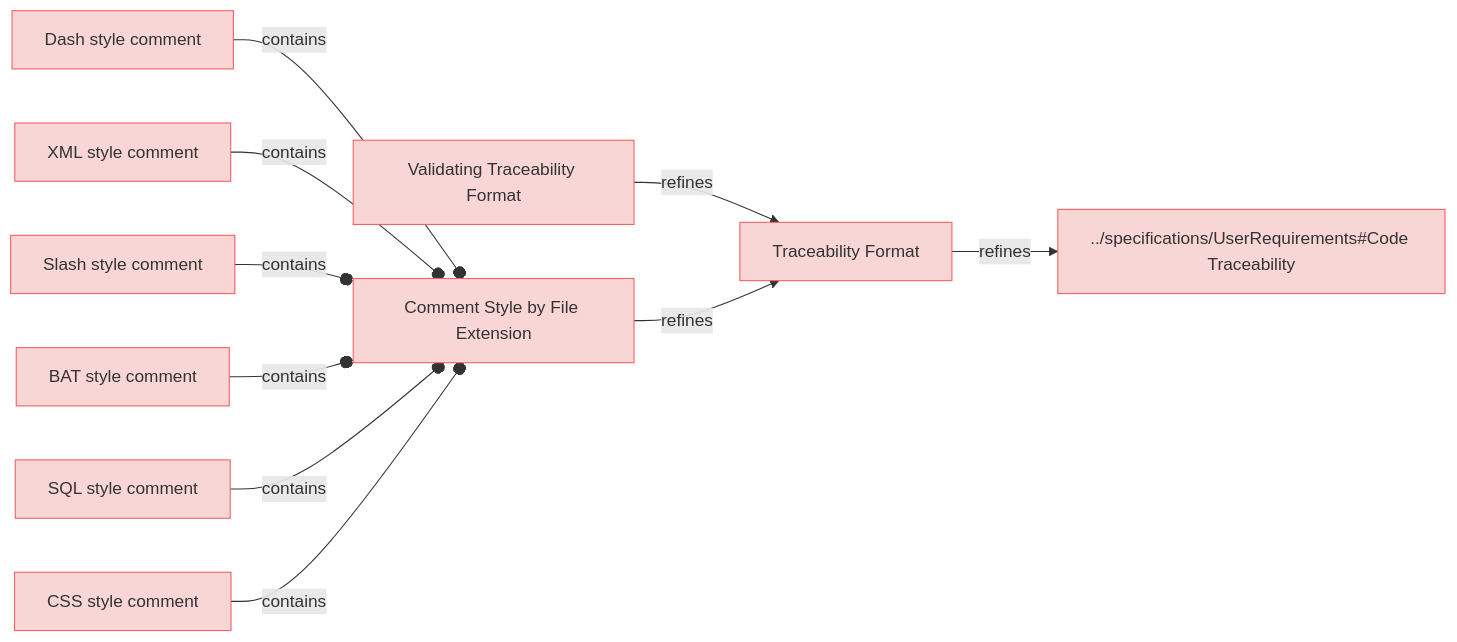
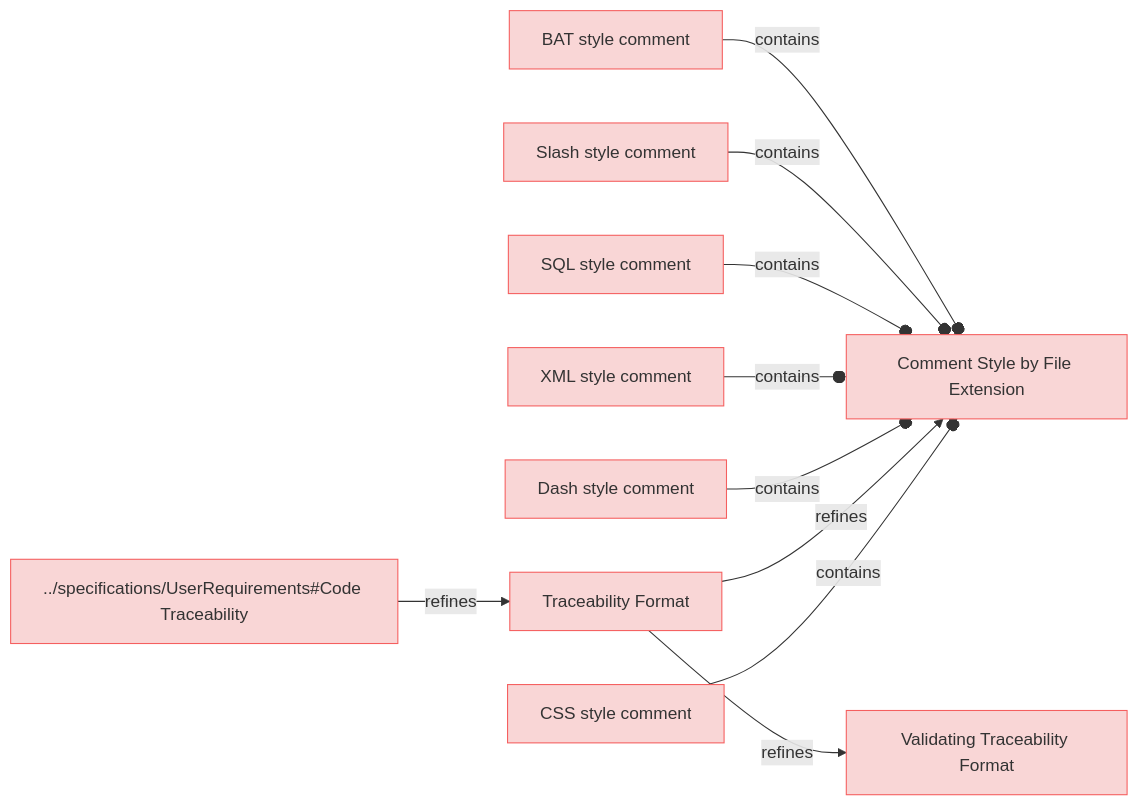
Before and after one commit to reqvire-org/reqvire: the diagram in specifications/CodeTraecabilityRequirements.md, drawn with Mermaid. The commit also changed 20 other files, not shown here.

````diff
--- a/specifications/CodeTraecabilityRequirements.md
+++ b/specifications/CodeTraecabilityRequirements.md
@@ -4,48 +4,48 @@
 ```mermaid
 graph LR;
   %% Graph styling
   classDef requirement fill:#f9d6d6,stroke:#f55f5f,stroke-width:1px;
   classDef verification fill:#d6f9d6,stroke:#5fd75f,stroke-width:1px;
   classDef externalLink fill:#d0e0ff,stroke:#3080ff,stroke-width:1px;
   classDef default fill:#f5f5f5,stroke:#333333,stroke-width:1px;
 
+  d6b76d3e1a3056ce["BAT style comment"];
+  click d6b76d3e1a3056ce "https://github.com/Reqvire/reqvire/blob/667635d4628fed400323f7df3689af2dbc2ad666/specifications/CodeTraecabilityRequirements.md#bat-style-comment";
+  class d6b76d3e1a3056ce requirement;
+  c332a9a7fee51b73["Comment Style by File Extension"];
+  class c332a9a7fee51b73 requirement;
+  click c332a9a7fee51b73 "https://github.com/Reqvire/reqvire/blob/667635d4628fed400323f7df3689af2dbc2ad666/specifications/CodeTraecabilityRequirements.md#comment-style-by-file-extension";
+  d6b76d3e1a3056ce --o|contains| c332a9a7fee51b73;
+  e7b2735ad78db7f7["Slash style comment"];
+  click e7b2735ad78db7f7 "https://github.com/Reqvire/reqvire/blob/667635d4628fed400323f7df3689af2dbc2ad666/specifications/CodeTraecabilityRequirements.md#slash-style-comment";
+  class e7b2735ad78db7f7 requirement;
+  e7b2735ad78db7f7 --o|contains| c332a9a7fee51b73;
   8086d70961a4c09["Traceability Format"];
-  click 8086d70961a4c09 "https://github.com/Reqvire/reqvire/blob/30536324899084e88969175e3613c971ffa6e108/specifications/CodeTraecabilityRequirements.md#traceability-format";
+  click 8086d70961a4c09 "https://github.com/Reqvire/reqvire/blob/667635d4628fed400323f7df3689af2dbc2ad666/specifications/CodeTraecabilityRequirements.md#traceability-format";
   class 8086d70961a4c09 requirement;
   8c02a4fb740392b["../specifications/UserRequirements#Code Traceability"];
   class 8c02a4fb740392b requirement;
-  click 8c02a4fb740392b "https://github.com/Reqvire/reqvire/blob/30536324899084e88969175e3613c971ffa6e108/specifications/UserRequirements.md#code-traceability";
-  8086d70961a4c09 -->|refines| 8c02a4fb740392b;
-  1e4723b5a9d499c3["Validating Traceability Format"];
-  click 1e4723b5a9d499c3 "https://github.com/Reqvire/reqvire/blob/30536324899084e88969175e3613c971ffa6e108/specifications/CodeTraecabilityRequirements.md#validating-traceability-format";
-  class 1e4723b5a9d499c3 requirement;
-  1e4723b5a9d499c3 -->|refines| 8086d70961a4c09;
-  e7305180ad512acd["Dash style comment"];
-  click e7305180ad512acd "https://github.com/Reqvire/reqvire/blob/30536324899084e88969175e3613c971ffa6e108/specifications/CodeTraecabilityRequirements.md#dash-style-comment";
-  class e7305180ad512acd requirement;
-  c332a9a7fee51b73["Comment Style by File Extension"];
-  class c332a9a7fee51b73 requirement;
-  click c332a9a7fee51b73 "https://github.com/Reqvire/reqvire/blob/30536324899084e88969175e3613c971ffa6e108/specifications/CodeTraecabilityRequirements.md#comment-style-by-file-extension";
-  e7305180ad512acd --o|contains| c332a9a7fee51b73;
+  click 8c02a4fb740392b "https://github.com/Reqvire/reqvire/blob/667635d4628fed400323f7df3689af2dbc2ad666/specifications/UserRequirements.md#code-traceability";
+  8c02a4fb740392b -->|refines| 8086d70961a4c09;
+  cb7a50ba5073bd8f["SQL style comment"];
+  click cb7a50ba5073bd8f "https://github.com/Reqvire/reqvire/blob/667635d4628fed400323f7df3689af2dbc2ad666/specifications/CodeTraecabilityRequirements.md#sql-style-comment";
+  class cb7a50ba5073bd8f requirement;
+  cb7a50ba5073bd8f --o|contains| c332a9a7fee51b73;
   f02fa9023214d641["XML style comment"];
-  click f02fa9023214d641 "https://github.com/Reqvire/reqvire/blob/30536324899084e88969175e3613c971ffa6e108/specifications/CodeTraecabilityRequirements.md#xml-style-comment";
+  click f02fa9023214d641 "https://github.com/Reqvire/reqvire/blob/667635d4628fed400323f7df3689af2dbc2ad666/specifications/CodeTraecabilityRequirements.md#xml-style-comment";
   class f02fa9023214d641 requirement;
   f02fa9023214d641 --o|contains| c332a9a7fee51b73;
-  c332a9a7fee51b73 -->|refines| 8086d70961a4c09;
-  e7b2735ad78db7f7["Slash style comment"];
-  click e7b2735ad78db7f7 "https://github.com/Reqvire/reqvire/blob/30536324899084e88969175e3613c971ffa6e108/specifications/CodeTraecabilityRequirements.md#slash-style-comment";
-  class e7b2735ad78db7f7 requirement;
-  e7b2735ad78db7f7 --o|contains| c332a9a7fee51b73;
-  d6b76d3e1a3056ce["BAT style comment"];
-  click d6b76d3e1a3056ce "https://github.com/Reqvire/reqvire/blob/30536324899084e88969175e3613c971ffa6e108/specifications/CodeTraecabilityRequirements.md#bat-style-comment";
-  class d6b76d3e1a3056ce requirement;
-  d6b76d3e1a3056ce --o|contains| c332a9a7fee51b73;
-  cb7a50ba5073bd8f["SQL style comment"];
-  click cb7a50ba5073bd8f "https://github.com/Reqvire/reqvire/blob/30536324899084e88969175e3613c971ffa6e108/specifications/CodeTraecabilityRequirements.md#sql-style-comment";
-  class cb7a50ba5073bd8f requirement;
-  cb7a50ba5073bd8f --o|contains| c332a9a7fee51b73;
+  e7305180ad512acd["Dash style comment"];
+  click e7305180ad512acd "https://github.com/Reqvire/reqvire/blob/667635d4628fed400323f7df3689af2dbc2ad666/specifications/CodeTraecabilityRequirements.md#dash-style-comment";
+  class e7305180ad512acd requirement;
+  e7305180ad512acd --o|contains| c332a9a7fee51b73;
+  8086d70961a4c09 -->|refines| c332a9a7fee51b73;
+  1e4723b5a9d499c3["Validating Traceability Format"];
+  click 1e4723b5a9d499c3 "https://github.com/Reqvire/reqvire/blob/667635d4628fed400323f7df3689af2dbc2ad666/specifications/CodeTraecabilityRequirements.md#validating-traceability-format";
+  class 1e4723b5a9d499c3 requirement;
+  8086d70961a4c09 -->|refines| 1e4723b5a9d499c3;
   240322b67055a395["CSS style comment"];
-  click 240322b67055a395 "https://github.com/Reqvire/reqvire/blob/30536324899084e88969175e3613c971ffa6e108/specifications/CodeTraecabilityRequirements.md#css-style-comment";
+  click 240322b67055a395 "https://github.com/Reqvire/reqvire/blob/667635d4628fed400323f7df3689af2dbc2ad666/specifications/CodeTraecabilityRequirements.md#css-style-comment";
   class 240322b67055a395 requirement;
   240322b67055a395 --o|contains| c332a9a7fee51b73;
 ```
````
